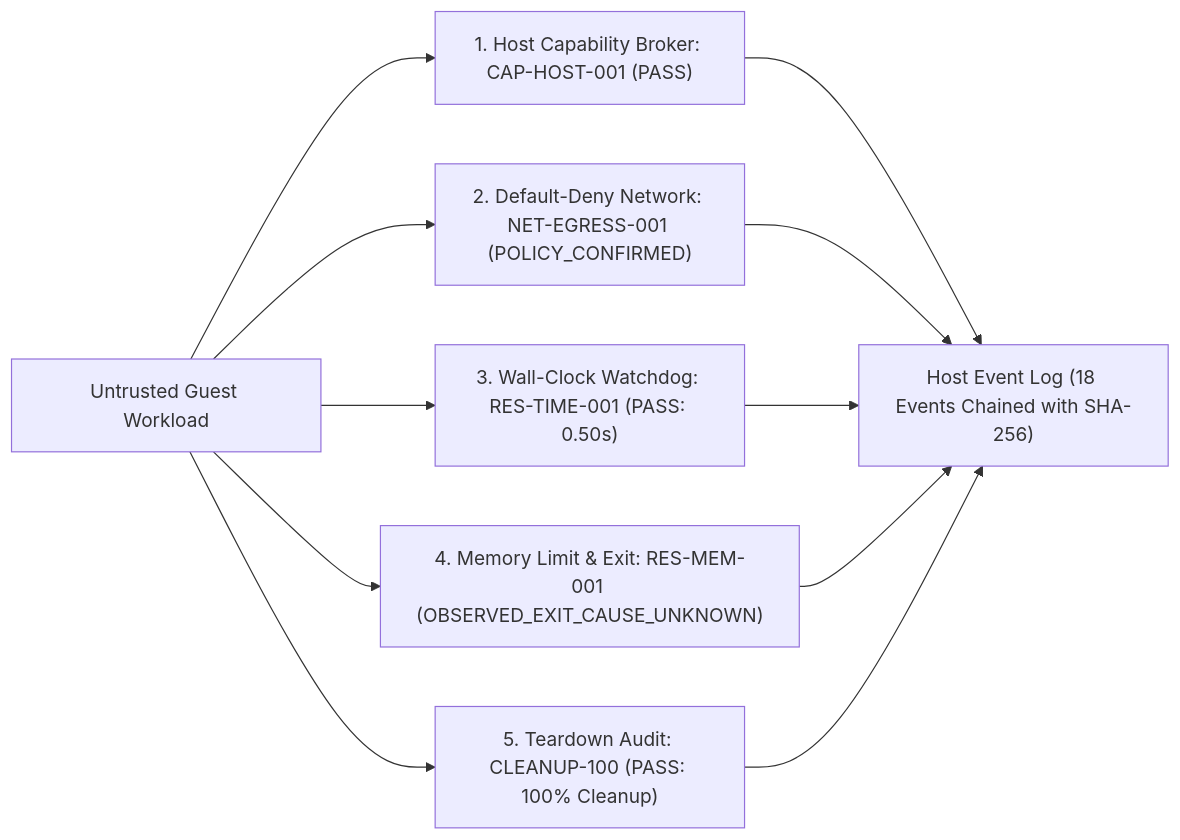
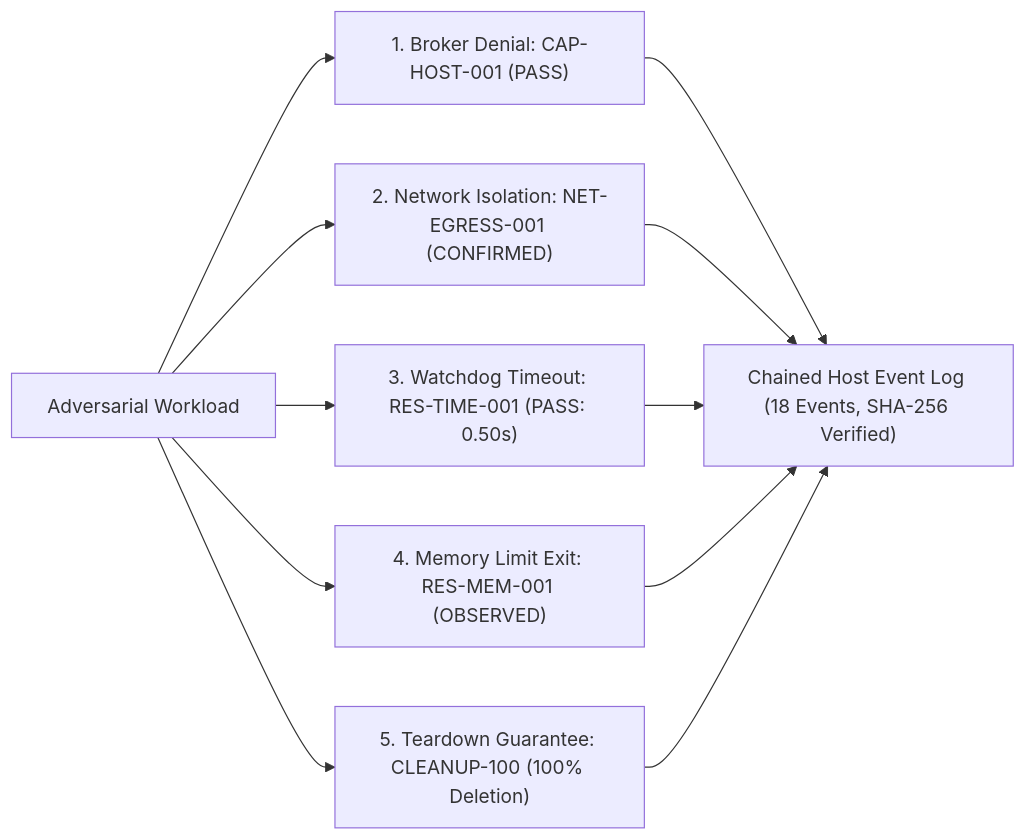
The first of 3 diagrams in README.md (Erebuzzz/domnir), drawn with Mermaid before and after one commit. The commit also changed other lines of this file and 1 other file, not shown here.

````diff
--- a/README.md
+++ b/README.md
@@ -141,14 +114,14 @@
 ```mermaid
 flowchart LR
-    Adversary["Untrusted Guest Workload"] --> C1["1. Host Capability Broker: CAP-HOST-001 (PASS)"]
-    Adversary --> C2["2. Default-Deny Network: NET-EGRESS-001 (POLICY_CONFIRMED)"]
-    Adversary --> C3["3. Wall-Clock Watchdog: RES-TIME-001 (PASS: 0.50s)"]
-    Adversary --> C4["4. Memory Limit & Exit: RES-MEM-001 (OBSERVED_EXIT_CAUSE_UNKNOWN)"]
-    Adversary --> C5["5. Teardown Audit: CLEANUP-100 (PASS: 100% Cleanup)"]
+    Workload["Adversarial Workload"] --> P1["1. Broker Denial: CAP-HOST-001 (PASS)"]
+    Workload --> P2["2. Network Isolation: NET-EGRESS-001 (CONFIRMED)"]
+    Workload --> P3["3. Watchdog Timeout: RES-TIME-001 (PASS: 0.50s)"]
+    Workload --> P4["4. Memory Limit Exit: RES-MEM-001 (OBSERVED)"]
+    Workload --> P5["5. Teardown Guarantee: CLEANUP-100 (100% Deletion)"]
 
-    C1 --> Log["Host Event Log (18 Events Chained with SHA-256)"]
-    C2 --> Log
-    C3 --> Log
-    C4 --> Log
-    C5 --> Log
+    P1 --> Log["Chained Host Event Log (18 Events, SHA-256 Verified)"]
+    P2 --> Log
+    P3 --> Log
+    P4 --> Log
+    P5 --> Log
 ```
````
